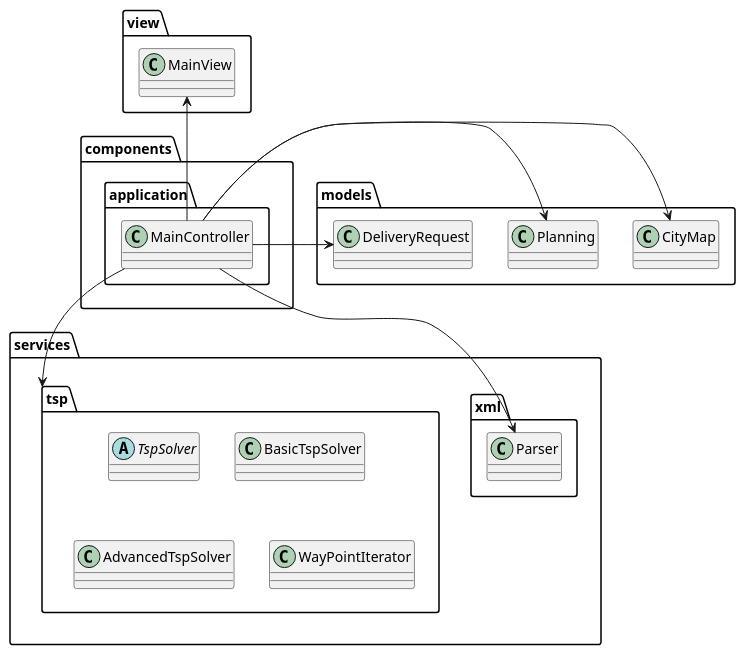
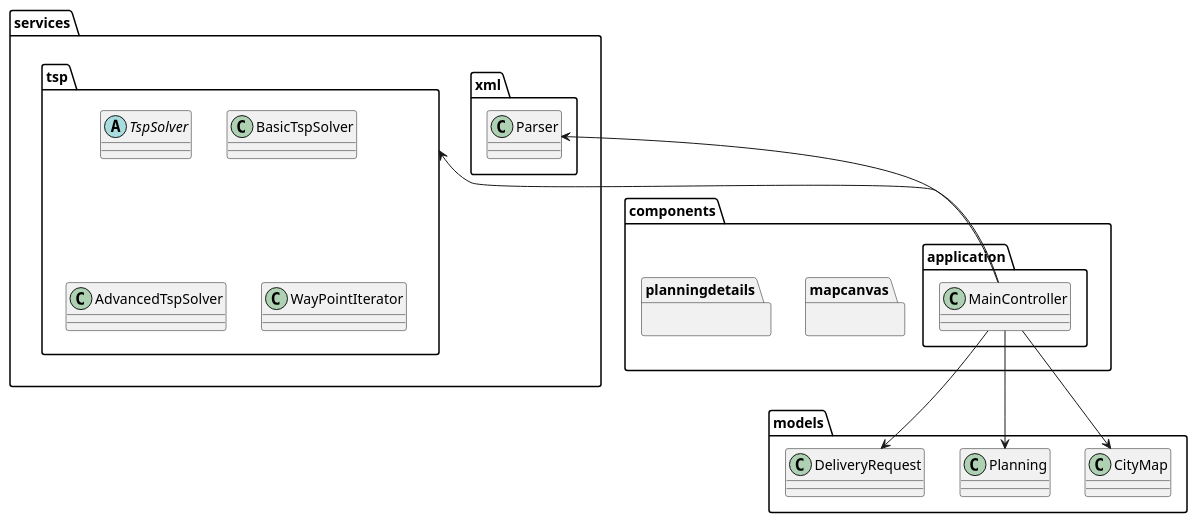
Before and after one commit to if-h4102/pld-agile: the diagram in docs/uml/packages-summary.puml, drawn with PlantUML.

Commit message:
Added missing packages

```diff
--- a/docs/uml/packages-summary.puml
+++ b/docs/uml/packages-summary.puml
@@ -1,54 +1,55 @@
 @startuml
 
 package services {
     package xml {
         class Parser {
         }
     }
 
     package tsp {
         abstract class TspSolver {
         }
 
         class BasicTspSolver {
         }
 
         class AdvancedTspSolver {
         }
 
         class WayPointIterator {
         }
     }
 }
 
 package models {
     class CityMap {
     }
 
     class Planning {
     }
 
     class DeliveryRequest {
     }
 }
 
 package components {
+    package mapcanvas {
+    }
+
+    package planningdetails {
+    }
+
     package application {
         class MainController {
         }
     }
 }
 
-package view {
-    class MainView
-}
+MainController -up-> Parser
+MainController -down-> CityMap
+MainController -down-> Planning
+MainController -down-> DeliveryRequest
 
-MainController -left-> Parser
-MainController -right-> CityMap
-MainController -right-> Planning
-MainController -right-> DeliveryRequest
-MainController -up-> MainView
-
-MainController --> tsp
+MainController -up-> tsp
 
 @enduml
```
